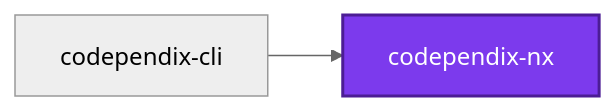
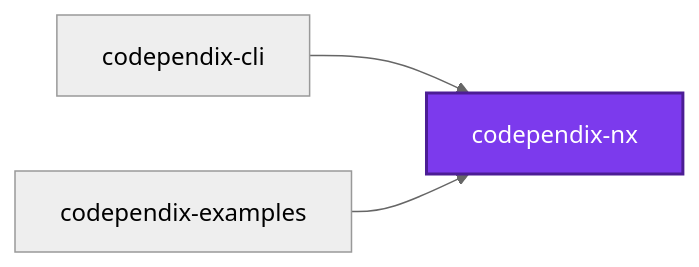
The first of 3 diagrams in packages/codependix-nx/README.md (JimmyPaolini/codebase), drawn with Mermaid (neutral theme) before and after one commit. The commit also changed 25 other files, not shown here.

````diff
--- a/packages/codependix-nx/README.md
+++ b/packages/codependix-nx/README.md
@@ -14,8 +14,10 @@
 ```mermaid
 graph LR
   codependix_cli["codependix-cli"]
+  codependix_examples["codependix-examples"]
   codependix_nx["codependix-nx"]
   codependix_cli --> codependix_nx
+  codependix_examples --> codependix_nx
   classDef subject fill:#7c3aed,color:#fff,stroke:#4c1d95,stroke-width:2px
   class codependix_nx subject
 ```
````
